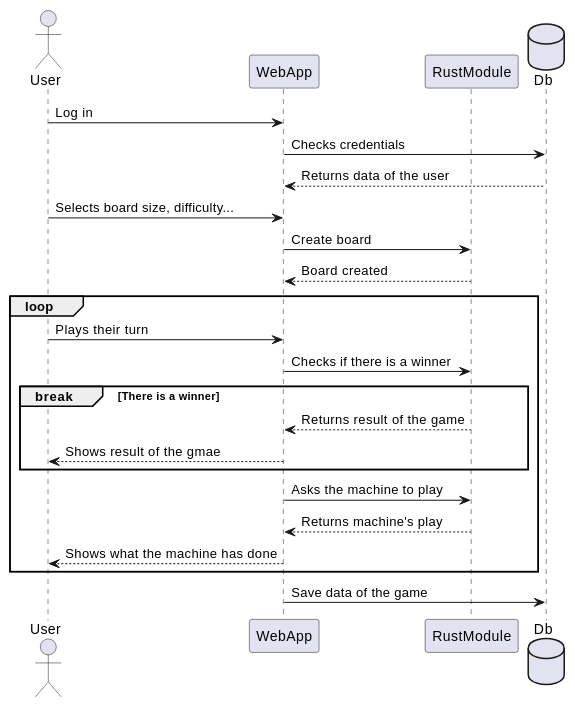
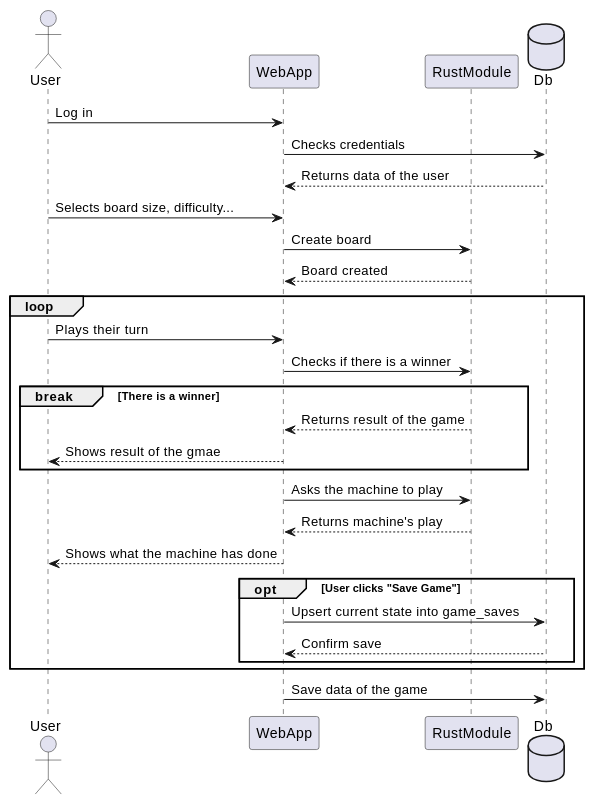
The first of 2 diagrams in docs/src/06_runtime_view.adoc (Arquisoft/yovi_en3b), drawn with PlantUML before and after one commit. The commit also changed 1 other file, not shown here.

Commit message:
Documentation updated for Deliverable 2: game_saves table added and saving game functionality

```diff
--- a/docs/src/06_runtime_view.adoc
+++ b/docs/src/06_runtime_view.adoc
@@ -10,30 +10,35 @@
 [plantuml,"Playing the game",png]
 ----
 @startuml
 actor User
 participant WebApp
 participant RustModule
 database Db
 
 User -> WebApp: Log in
 WebApp -> Db: Checks credentials
 Db --> WebApp: Returns data of the user
 User -> WebApp: Selects board size, difficulty...
 WebApp -> RustModule: Create board
 RustModule --> WebApp: Board created
 loop
     User -> WebApp: Plays their turn
     WebApp -> RustModule: Checks if there is a winner
 
     break There is a winner  
         RustModule --> WebApp: Returns result of the game
         WebApp --> User: Shows result of the gmae
     end
 
     WebApp -> RustModule: Asks the machine to play
     RustModule --> WebApp: Returns machine's play
     WebApp --> User: Shows what the machine has done
+
+    opt User clicks "Save Game"
+        WebApp -> Db: Upsert current state into game_saves
+        Db --> WebApp: Confirm save
+    end
 end
 WebApp -> Db: Save data of the game
 @enduml
 ----
```
